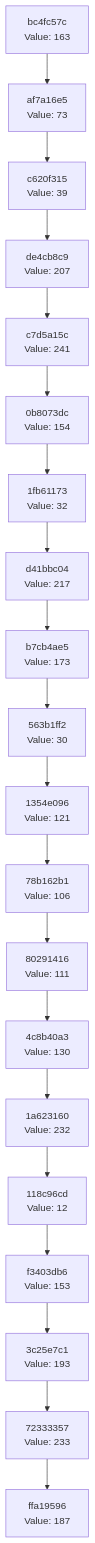
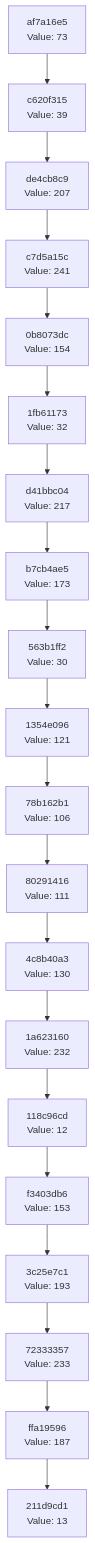
One commit to Abhisheksinha1506/hash-chain-evolver changed the diagram in docs/CHAIN_VISUALIZATION.md. Above: the diagram before and after it, drawn with Mermaid. The commit also changed 2 other files, not shown here.

Commit message:
Evolution step: hash 0x0D → action executed

````diff
--- a/docs/CHAIN_VISUALIZATION.md
+++ b/docs/CHAIN_VISUALIZATION.md
@@ -3,42 +3,42 @@
 ```mermaid
 graph TD
-    C0["ffa19596<br/>Value: 187"]
-    C1["72333357<br/>Value: 233"]
+    C0["211d9cd1<br/>Value: 13"]
+    C1["ffa19596<br/>Value: 187"]
     C1 --> C0
-    C2["3c25e7c1<br/>Value: 193"]
+    C2["72333357<br/>Value: 233"]
     C2 --> C1
-    C3["f3403db6<br/>Value: 153"]
+    C3["3c25e7c1<br/>Value: 193"]
     C3 --> C2
-    C4["118c96cd<br/>Value: 12"]
+    C4["f3403db6<br/>Value: 153"]
     C4 --> C3
-    C5["1a623160<br/>Value: 232"]
+    C5["118c96cd<br/>Value: 12"]
     C5 --> C4
-    C6["4c8b40a3<br/>Value: 130"]
+    C6["1a623160<br/>Value: 232"]
     C6 --> C5
-    C7["80291416<br/>Value: 111"]
+    C7["4c8b40a3<br/>Value: 130"]
     C7 --> C6
-    C8["78b162b1<br/>Value: 106"]
+    C8["80291416<br/>Value: 111"]
     C8 --> C7
-    C9["1354e096<br/>Value: 121"]
+    C9["78b162b1<br/>Value: 106"]
     C9 --> C8
-    C10["563b1ff2<br/>Value: 30"]
+    C10["1354e096<br/>Value: 121"]
     C10 --> C9
-    C11["b7cb4ae5<br/>Value: 173"]
+    C11["563b1ff2<br/>Value: 30"]
     C11 --> C10
-    C12["d41bbc04<br/>Value: 217"]
+    C12["b7cb4ae5<br/>Value: 173"]
     C12 --> C11
-    C13["1fb61173<br/>Value: 32"]
+    C13["d41bbc04<br/>Value: 217"]
     C13 --> C12
-    C14["0b8073dc<br/>Value: 154"]
+    C14["1fb61173<br/>Value: 32"]
     C14 --> C13
-    C15["c7d5a15c<br/>Value: 241"]
+    C15["0b8073dc<br/>Value: 154"]
     C15 --> C14
-    C16["de4cb8c9<br/>Value: 207"]
+    C16["c7d5a15c<br/>Value: 241"]
     C16 --> C15
-    C17["c620f315<br/>Value: 39"]
+    C17["de4cb8c9<br/>Value: 207"]
     C17 --> C16
-    C18["af7a16e5<br/>Value: 73"]
+    C18["c620f315<br/>Value: 39"]
     C18 --> C17
-    C19["bc4fc57c<br/>Value: 163"]
+    C19["af7a16e5<br/>Value: 73"]
     C19 --> C18
 ```
````
